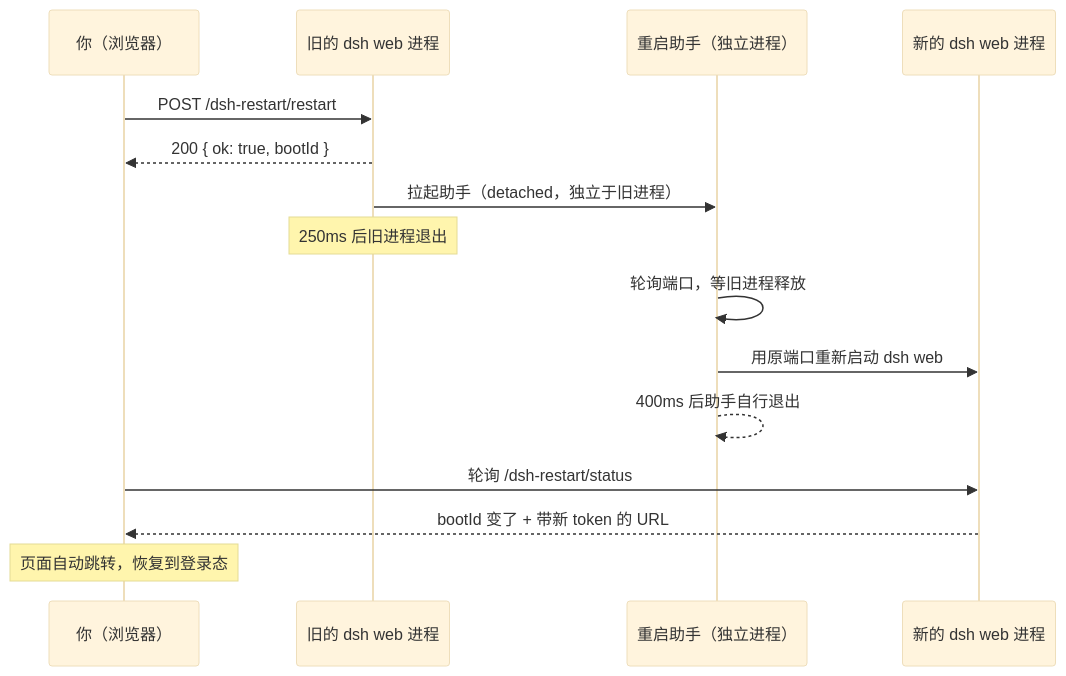
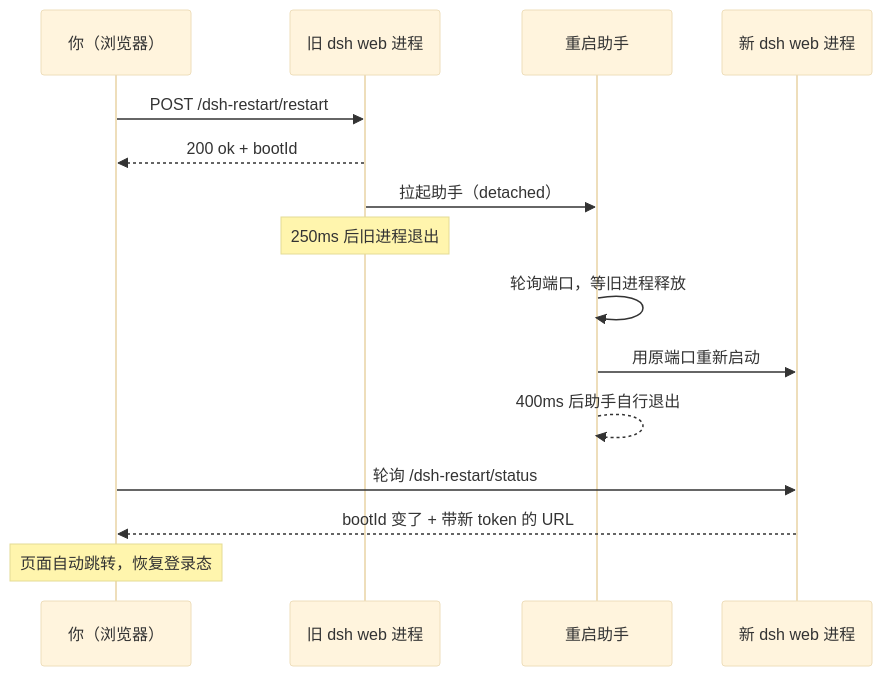
Before and after one commit to xinshang777/dsh-restart-button: the second of 2 diagrams in README.md, drawn with Mermaid (base theme). The commit also changed other lines of this file, not shown here.

````diff
--- a/README.md
+++ b/README.md
@@ -66,18 +106,18 @@
-```mermaid
-sequenceDiagram
-    participant U as 你（浏览器）
-    participant O as 旧的 dsh web 进程
-    participant H as 重启助手（独立进程）
-    participant N as 新的 dsh web 进程
+   ```mermaid
+   sequenceDiagram
+       participant U as 你（浏览器）
+       participant O as 旧 dsh web 进程
+       participant H as 重启助手
+       participant N as 新 dsh web 进程
 
-    U->>O: POST /dsh-restart/restart
-    O-->>U: 200 { ok: true, bootId }
-    O->>H: 拉起助手（detached，独立于旧进程）
-    Note over O: 250ms 后旧进程退出
-    H->>H: 轮询端口，等旧进程释放
-    H->>N: 用原端口重新启动 dsh web
-    H-->>H: 400ms 后助手自行退出
-    U->>N: 轮询 /dsh-restart/status
-    N-->>U: bootId 变了 + 带新 token 的 URL
-    Note over U: 页面自动跳转，恢复到登录态
-```
+       U->>O: POST /dsh-restart/restart
+       O-->>U: 200 ok + bootId
+       O->>H: 拉起助手（detached）
+       Note over O: 250ms 后旧进程退出
+       H->>H: 轮询端口，等旧进程释放
+       H->>N: 用原端口重新启动
+       H-->>H: 400ms 后助手自行退出
+       U->>N: 轮询 /dsh-restart/status
+       N-->>U: bootId 变了 + 带新 token 的 URL
+       Note over U: 页面自动跳转，恢复登录态
+   ```
````
